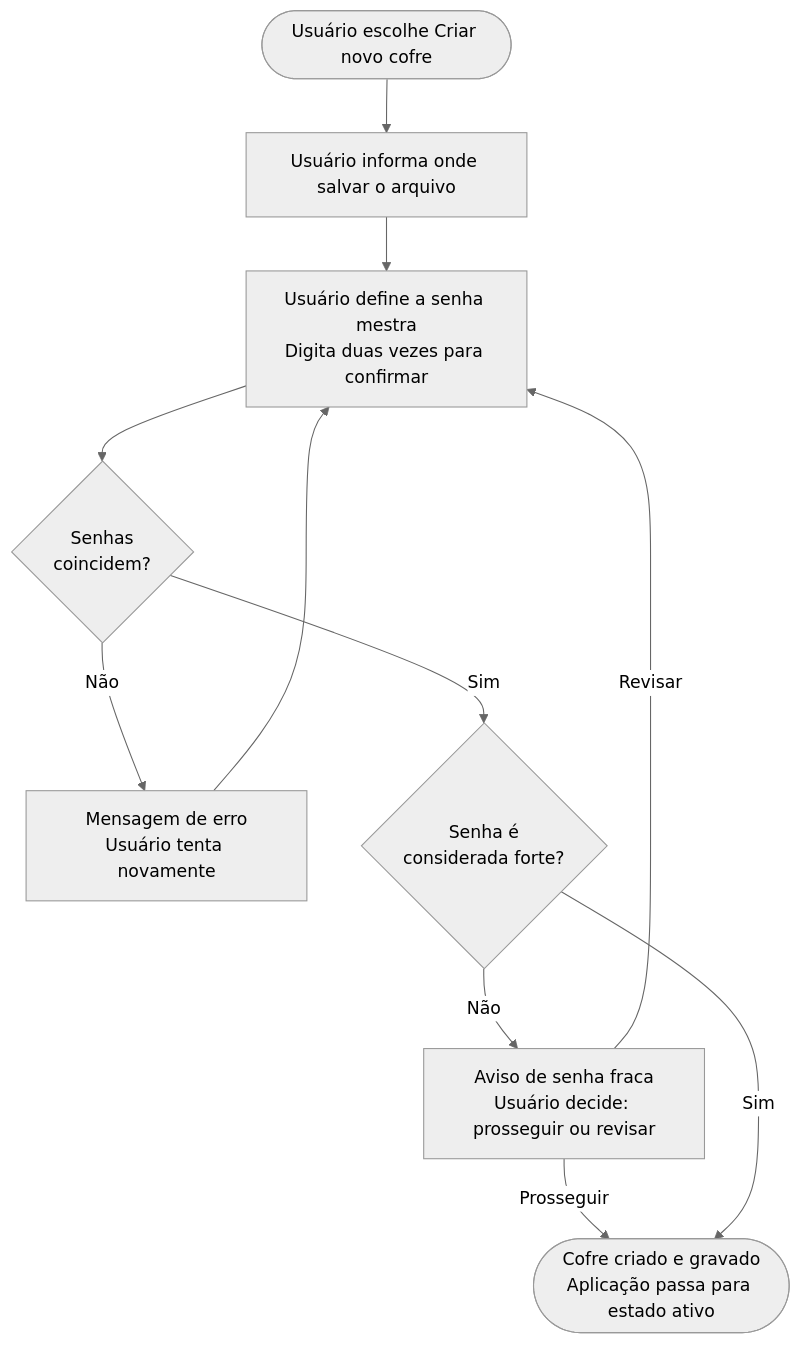
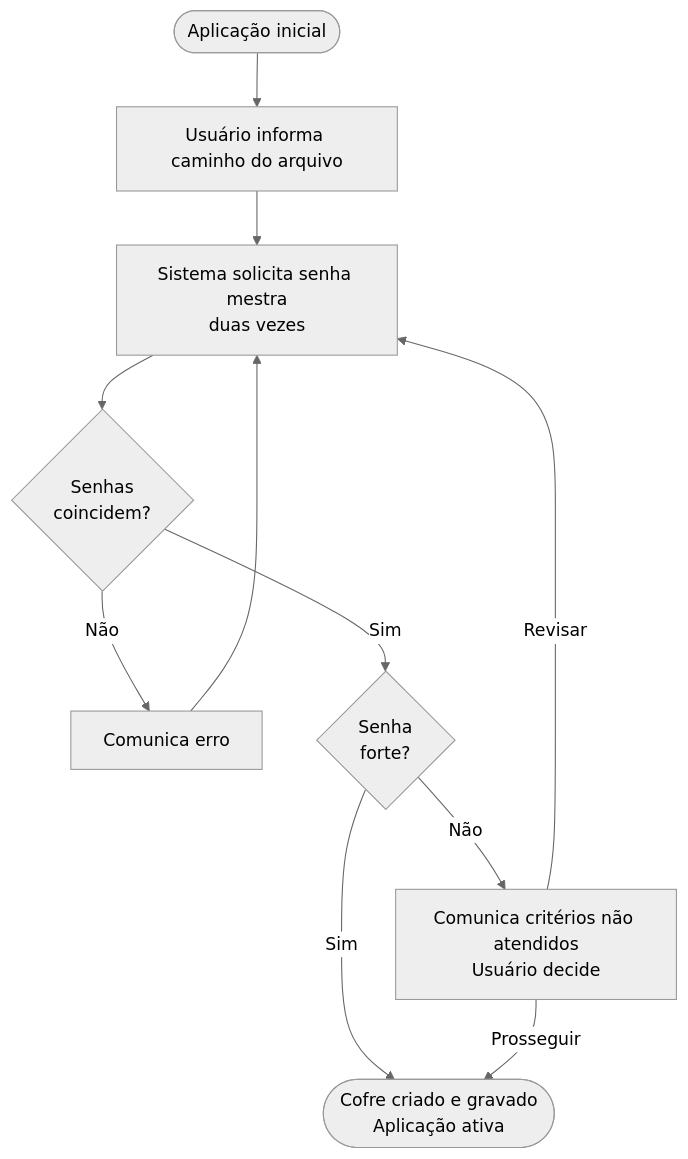
Before and after one commit to useful-toys/Abditum: the second of 2 diagrams in fluxos.md, drawn with Mermaid (neutral theme). The commit also changed other lines of this file, not shown here.

Commit message:
docs: refine task flow documentation for clarity and structure

````diff
--- a/fluxos.md
+++ b/fluxos.md
@@ -144,13 +167,14 @@
 ```mermaid
 flowchart TD
-    A([Usuário escolhe Criar novo cofre]) --> B[Usuário informa onde salvar o arquivo]
-    B --> C[Usuário define a senha mestra\nDigita duas vezes para confirmar]
+    A([Aplicação inicial]) --> B[Usuário informa caminho do arquivo]
+    B --> C[Sistema solicita senha mestra\nduas vezes]
     C --> D{Senhas\ncoincidem?}
-    D -- Não --> E[Mensagem de erro\nUsuário tenta novamente]
+    D -- Não --> E[Comunica erro]
     E --> C
-    D -- Sim --> F{Senha é\nconsiderada forte?}
-    F -- Não --> G[Aviso de senha fraca\nUsuário decide: prosseguir ou revisar]
-    G -- Prosseguir --> H
-    G -- Revisar --> C
-    F -- Sim --> H([Cofre criado e gravado\nAplicação passa para estado ativo])
+    D -- Sim --> F{Senha\nforte?}
+    F -- Sim --> G
+    F -- Não --> H[Comunica critérios não atendidos\nUsuário decide]
+    H -- Revisar --> C
+    H -- Prosseguir --> G
+    G([Cofre criado e gravado\nAplicação ativa])
 ```
````
